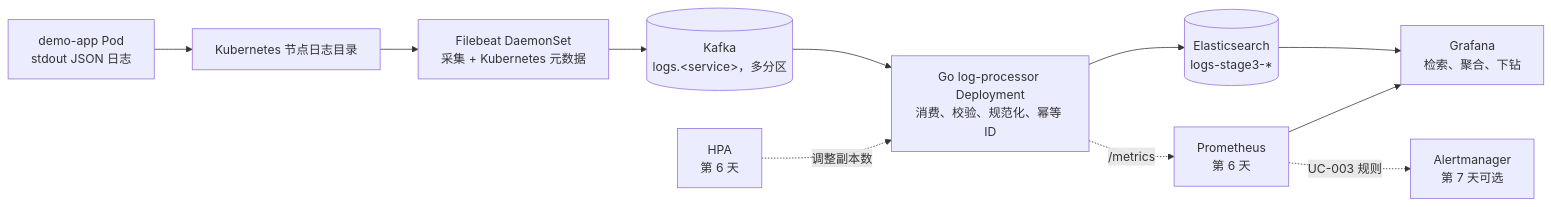
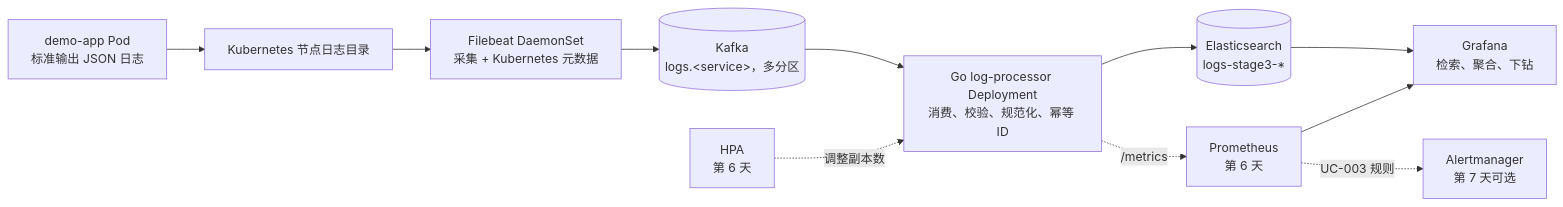
Before and after one commit to Donking-36/distributed-log-platform: the diagram in docs/PLAN.md, drawn with Mermaid. The commit also changed other lines of this file and 7 other files, not shown here.

````diff
--- a/docs/PLAN.md
+++ b/docs/PLAN.md
@@ -170,18 +170,18 @@
 ```mermaid
 flowchart LR
-    A["demo-app Pod<br/>stdout JSON 日志"]
+    A["demo-app Pod<br/>标准输出 JSON 日志"]
     N["Kubernetes 节点日志目录"]
     F["Filebeat DaemonSet<br/>采集 + Kubernetes 元数据"]
     K[("Kafka<br/>logs.&lt;service&gt;，多分区")]
     P["Go log-processor Deployment<br/>消费、校验、规范化、幂等 ID"]
     E[("Elasticsearch<br/>logs-stage3-*")]
     G["Grafana<br/>检索、聚合、下钻"]
     M["Prometheus<br/>第 6 天"]
     H["HPA<br/>第 6 天"]
     AM["Alertmanager<br/>第 7 天可选"]
 
     A --> N --> F --> K --> P --> E --> G
     P -. "/metrics" .-> M --> G
     H -. "调整副本数" .-> P
     M -. "UC-003 规则" .-> AM
 ```
````
